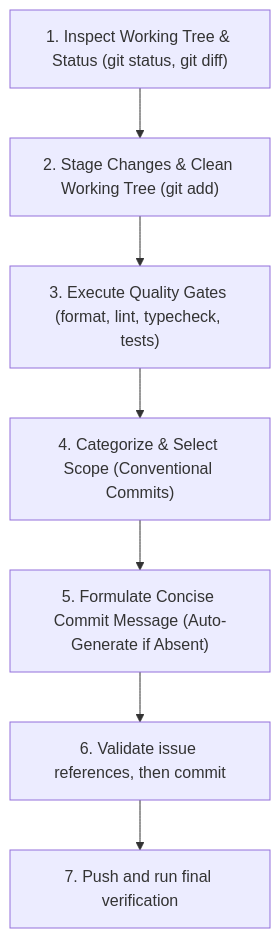
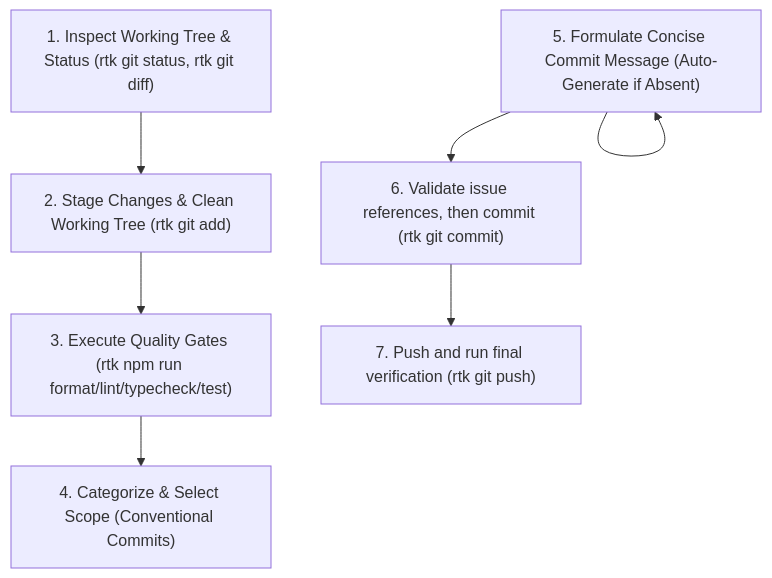
The diagram in .agents/skills/commit-and-push/SKILL.md (SteveRodrigue/MCD), drawn with Mermaid before and after one commit. The commit also changed other lines of this file and 10 other files, not shown here.

````diff
--- a/.agents/skills/commit-and-push/SKILL.md
+++ b/.agents/skills/commit-and-push/SKILL.md
@@ -17,9 +17,9 @@
 ```mermaid
 flowchart TD
-    S1["1. Inspect Working Tree & Status (git status, git diff)"] --> S2["2. Stage Changes & Clean Working Tree (git add)"]
-    S2 --> S3["3. Execute Quality Gates (format, lint, typecheck, tests)"]
+    S1["1. Inspect Working Tree & Status (rtk git status, rtk git diff)"] --> S2["2. Stage Changes & Clean Working Tree (rtk git add)"]
+    S2 --> S3["3. Execute Quality Gates (rtk npm run format/lint/typecheck/test)"]
     S3 --> S4["4. Categorize & Select Scope (Conventional Commits)"]
-    S4 --> S5["5. Formulate Concise Commit Message (Auto-Generate if Absent)"]
-      S5 --> S6["6. Validate issue references, then commit"]
-      S6 --> S7["7. Push and run final verification"]
+    S5 --> S5["5. Formulate Concise Commit Message (Auto-Generate if Absent)"]
+      S5 --> S6["6. Validate issue references, then commit (rtk git commit)"]
+      S6 --> S7["7. Push and run final verification (rtk git push)"]
 ```
````
